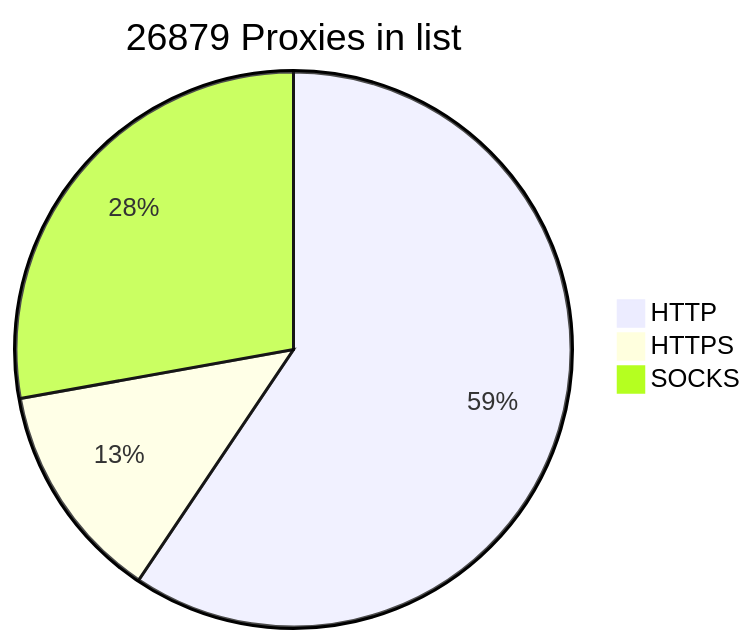
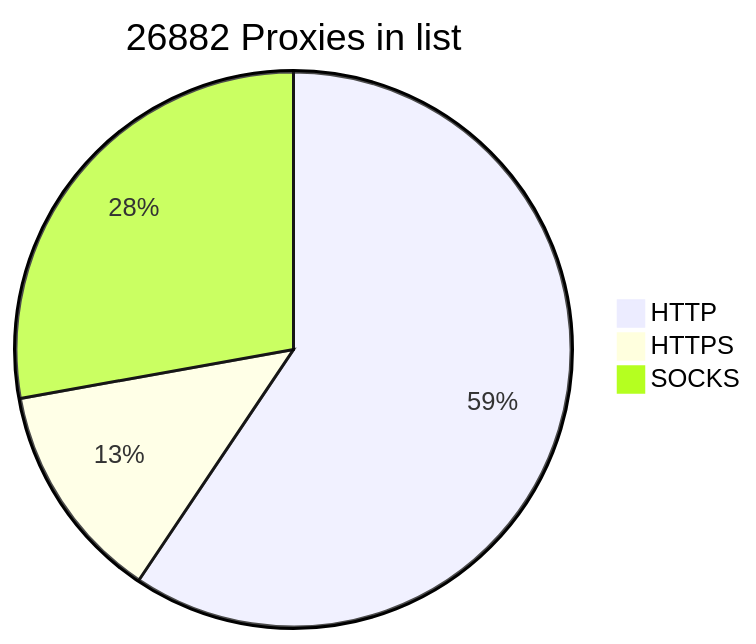
Before and after one commit to BlackSnowDot/proxylist-update-every-minute: the diagram in README.md, drawn with Mermaid.

````diff
--- a/README.md
+++ b/README.md
@@ -2,6 +2,6 @@
 ```mermaid
-pie title 26879 Proxies in list
+pie title 26882 Proxies in list
     "HTTP" : 17573
-    "HTTPS": 3776
+    "HTTPS": 3781
     "SOCKS" : 8231
 ```
````
